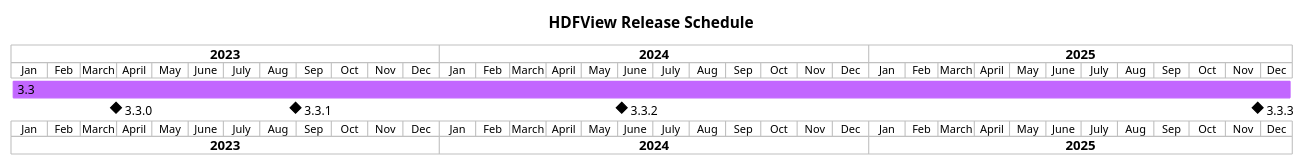
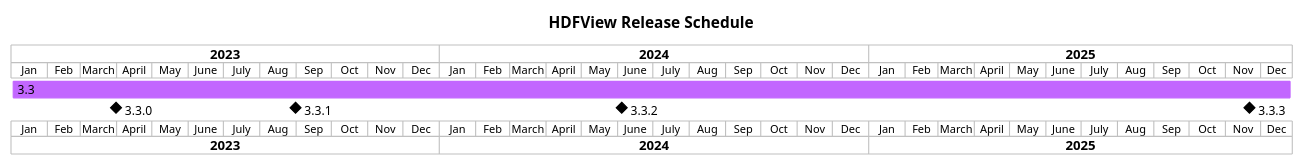
One commit to HDFGroup/hdfview changed the diagram in docs/img/release-schedule.plantuml. Above: the diagram before and after it, drawn with PlantUML. The commit also changed 1 other file, not shown here.

```diff
--- a/docs/img/release-schedule.plantuml
+++ b/docs/img/release-schedule.plantuml
@@ -5,18 +5,18 @@
 @startgantt
 
 title HDFView Release Schedule
 
 projectscale monthly
 Project starts 2023-01-01
 
 [3.3] starts 2023-01-01 and lasts 156 weeks
 [3.3.0] happens 2023-03-31
 [3.3.1] happens 2023-08-31
 [3.3.2] happens 2024-06-04
-[3.3.3] happens 2025-11-28
+[3.3.3] happens 2025-11-21
 [3.3.1] displays on same row as [3.3.0]
 [3.3.2] displays on same row as [3.3.0]
 [3.3.3] displays on same row as [3.3.0]
 [3.3] is colored in #C266FF
 
 @endgantt
```
